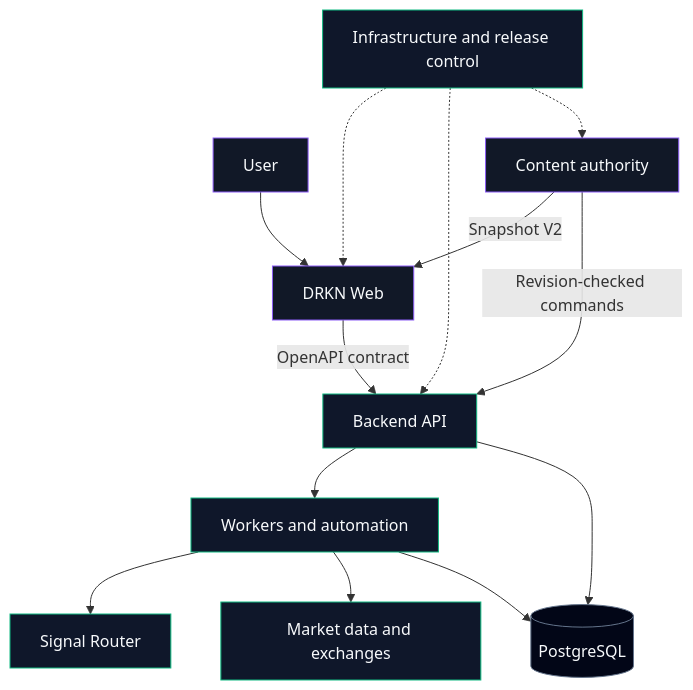
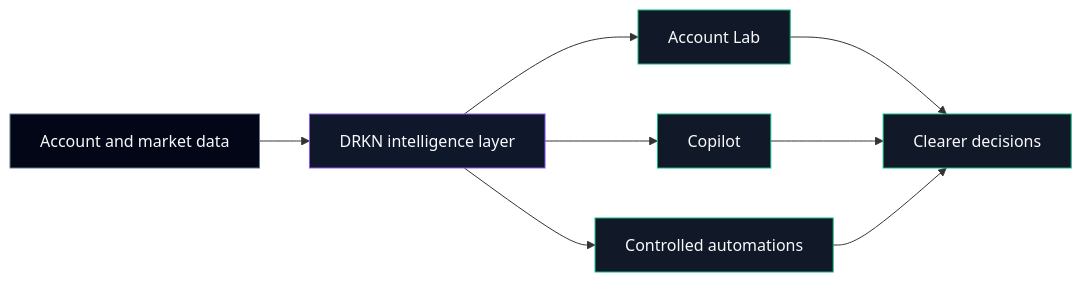
The diagram in profile/README.md (DRKN-PRO/.github), drawn with Mermaid before and after one commit. The commit also changed other lines of this file, not shown here.

Commit message:
docs: refocus public profile on product vision

````diff
--- a/profile/README.md
+++ b/profile/README.md
@@ -25,22 +32,17 @@
 ```mermaid
-flowchart TB
-    U[User] --> W[DRKN Web]
-    W -->|OpenAPI contract| A[Backend API]
-    A --> Q[Workers and automation]
-    Q --> S[Signal Router]
-    Q --> M[Market data and exchanges]
-    A --> D[(PostgreSQL)]
-    Q --> D
-    C[Content authority] -->|Snapshot V2| W
-    C -->|Revision-checked commands| A
-    I[Infrastructure and release control] -.-> W
-    I -.-> A
-    I -.-> C
+flowchart LR
+    D[Account and market data] --> I[DRKN intelligence layer]
+    I --> A[Account Lab]
+    I --> C[Copilot]
+    I --> W[Controlled automations]
+    A --> U[Clearer decisions]
+    C --> U
+    W --> U
 
-    classDef edge fill:#111827,stroke:#8b5cf6,color:#f8fafc
-    classDef core fill:#0f172a,stroke:#10b981,color:#f8fafc
-    classDef data fill:#020617,stroke:#64748b,color:#f8fafc
-    class U,W,C edge
-    class A,Q,S,M,I core
-    class D data
+    classDef input fill:#020617,stroke:#64748b,color:#f8fafc
+    classDef core fill:#0f172a,stroke:#8b5cf6,color:#f8fafc
+    classDef product fill:#111827,stroke:#10b981,color:#f8fafc
+    class D input
+    class I core
+    class A,C,W,U product
 ```
````
